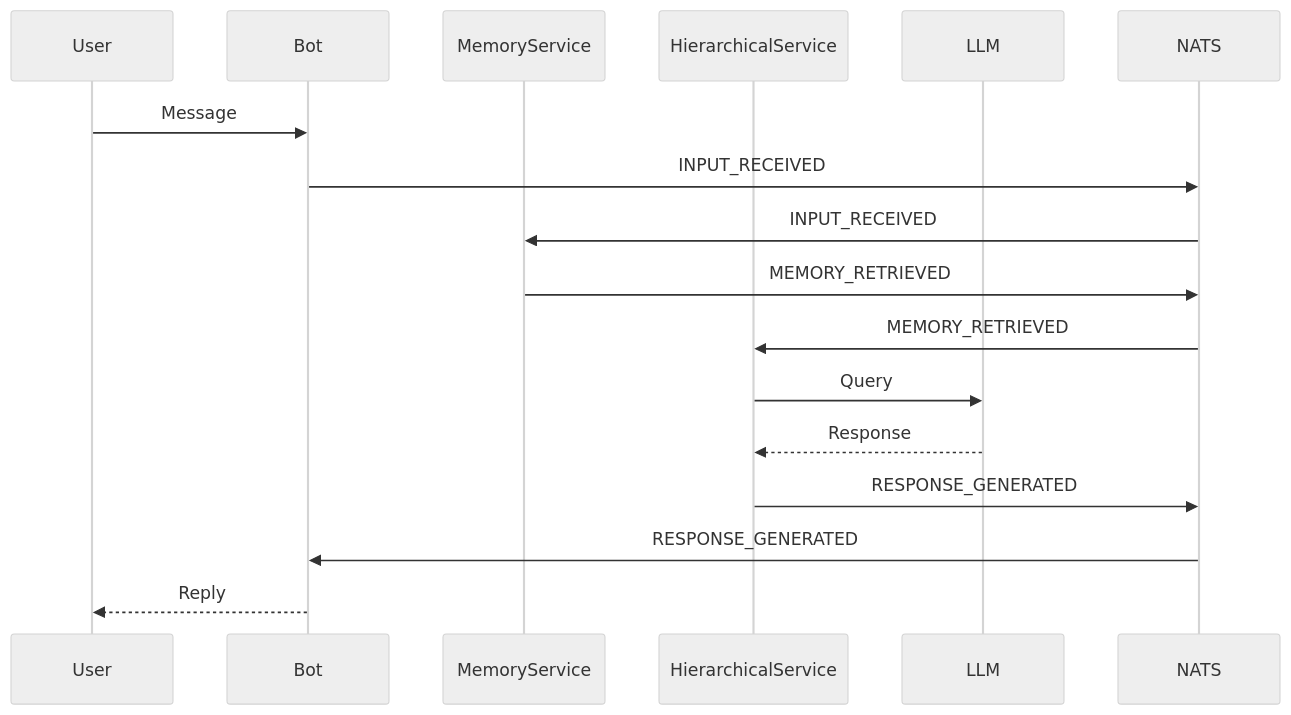
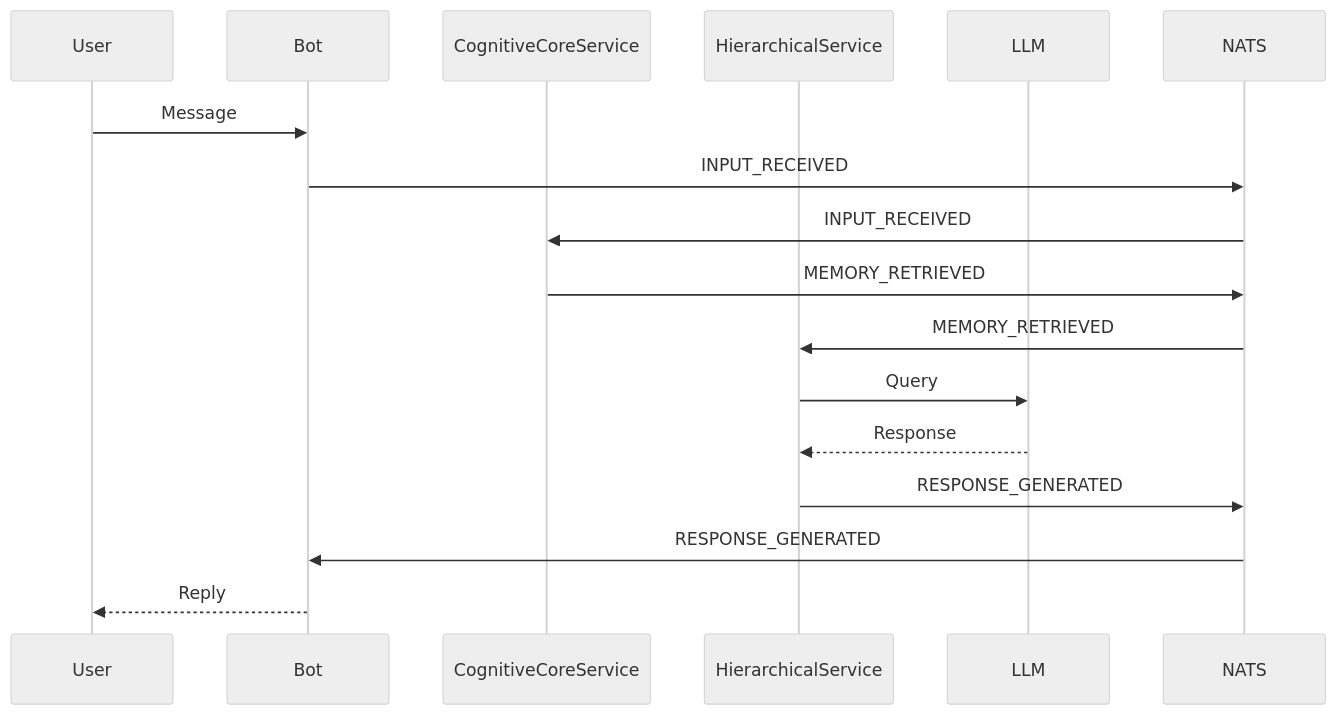
The diagram in docs/architecture.md (d0tTino/DeepThought-ReThought), drawn with Mermaid (neutral theme) before and after one commit. The commit also changed other lines of this file and 3 other files, not shown here.

Commit message:
docs: update MemoryService references

````diff
--- a/docs/architecture.md
+++ b/docs/architecture.md
@@ -9,19 +9,19 @@
 ```mermaid
 sequenceDiagram
     participant User
     participant Bot
-    participant MemoryService
+    participant CognitiveCoreService
     participant HierarchicalService
     participant LLM
 
     User->>Bot: Message
     Bot->>NATS: INPUT_RECEIVED
-    NATS->>MemoryService: INPUT_RECEIVED
-    MemoryService->>NATS: MEMORY_RETRIEVED
+    NATS->>CognitiveCoreService: INPUT_RECEIVED
+    CognitiveCoreService->>NATS: MEMORY_RETRIEVED
     NATS->>HierarchicalService: MEMORY_RETRIEVED
     HierarchicalService->>LLM: Query
     LLM-->>HierarchicalService: Response
     HierarchicalService->>NATS: RESPONSE_GENERATED
     NATS->>Bot: RESPONSE_GENERATED
     Bot-->>User: Reply
 ```
````
